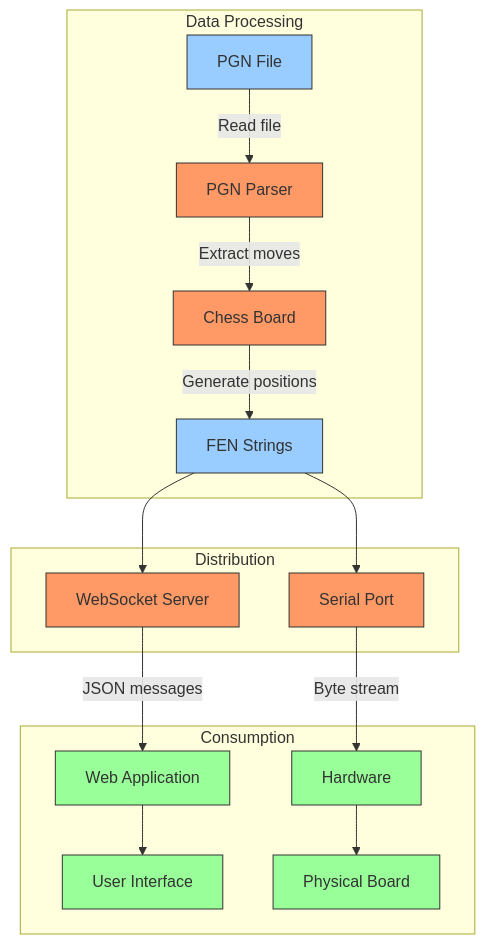
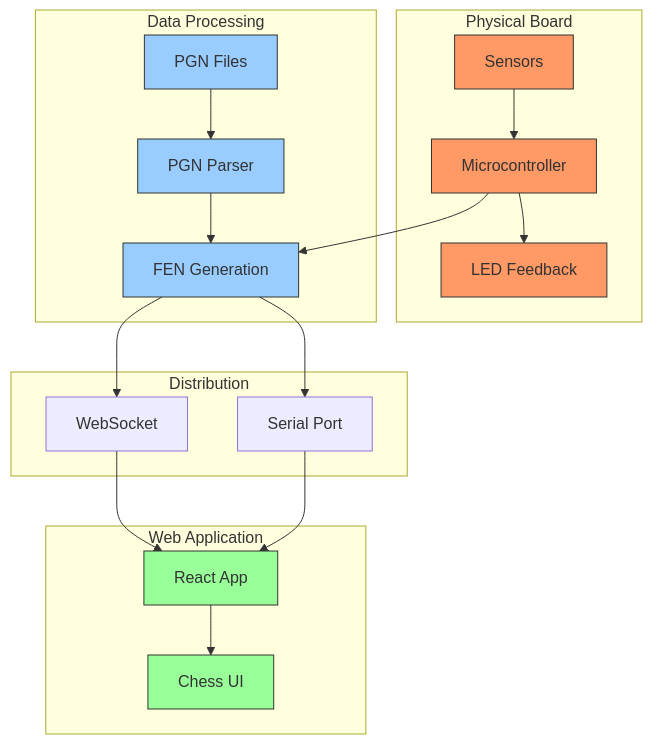
One commit to lklkevin/chesslink changed the eighth of 8 diagrams in simulation_architecture.md. Above: the diagram before and after it, drawn with Mermaid. The commit also changed other lines of this file, not shown here.

Commit message:
Update architecture document to focus on physical hardware as primary use case

````diff
--- a/simulation_architecture.md
+++ b/simulation_architecture.md
@@ -176,28 +221,32 @@
 ```mermaid
 graph TD
+    subgraph "Physical Board"
+        SENS[Sensors] --> MCU[Microcontroller]
+        MCU --> LED[LED Feedback]
+    end
+
     subgraph "Data Processing"
-        PGN[PGN File] --> |Read file| PARSER[PGN Parser]
-        PARSER --> |Extract moves| BOARD[Chess Board]
-        BOARD --> |Generate positions| FEN[FEN Strings]
+        MCU --> FEN[FEN Generation]
+        PGN[PGN Files] --> PARSER[PGN Parser]
+        PARSER --> FEN
     end
 
     subgraph "Distribution"
-        FEN --> WSS[WebSocket Server]
+        FEN --> WSS[WebSocket]
         FEN --> SP[Serial Port]
     end
 
-    subgraph "Consumption"
-        WSS --> |JSON messages| WA[Web Application]
-        SP --> |Byte stream| HW[Hardware]
-        WA --> UI[User Interface]
-        HW --> PHY[Physical Board]
+    subgraph "Web Application"
+        WSS --> APP[React App]
+        SP --> APP
+        APP --> UI[Chess UI]
     end
     
-    classDef process fill:#f96,stroke:#333
+    classDef hardware fill:#f96,stroke:#333
     classDef data fill:#9cf,stroke:#333
     classDef endpoint fill:#9f9,stroke:#333
     
-    class PGN,FEN data
-    class PARSER,BOARD,WSS,SP process
-    class WA,HW,UI,PHY endpoint
-```
+    class SENS,MCU,LED hardware
+    class PGN,FEN,PARSER data
+    class APP,UI endpoint
+``` 
````
